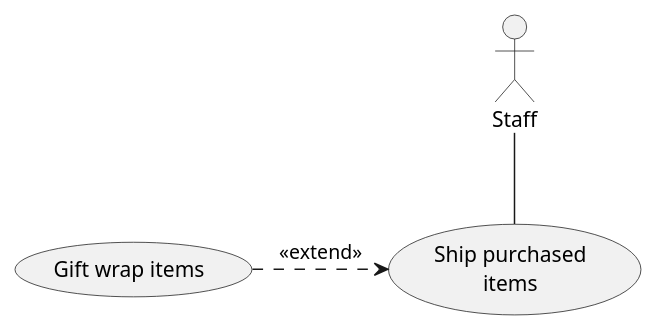
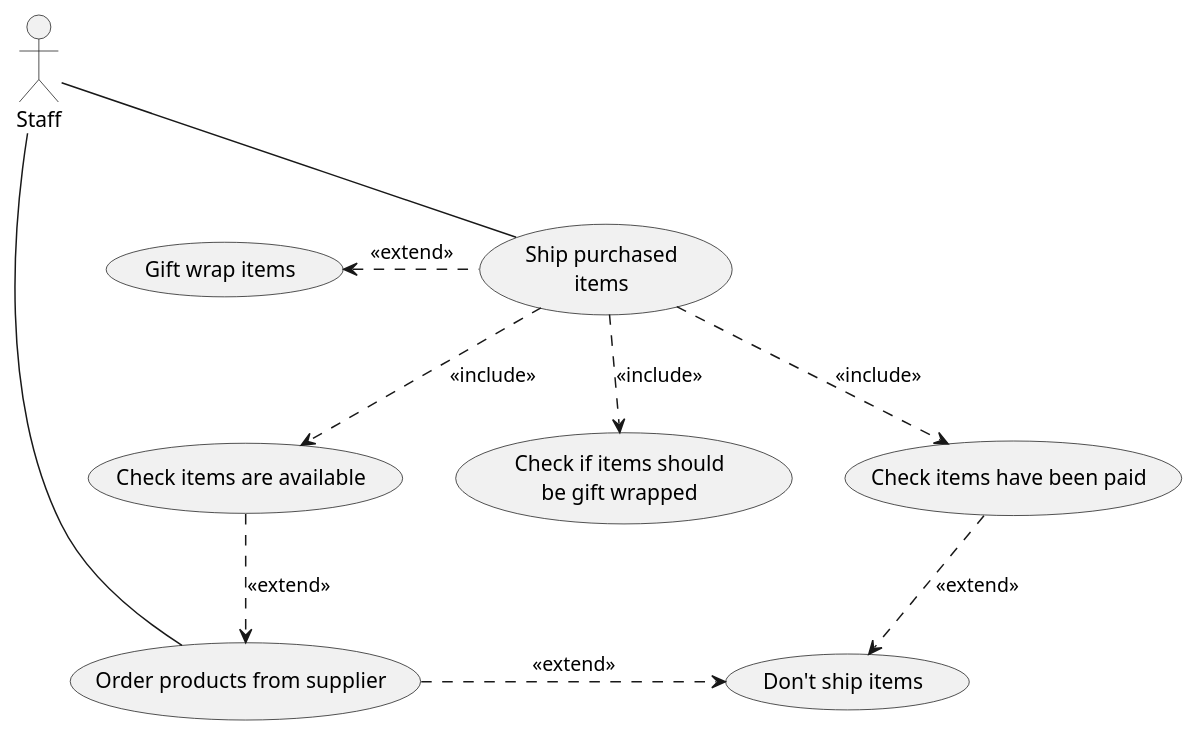
Before and after one commit to shaystevens/INFO201-assignments: the diagram in milestone2/shipping.puml, drawn with PlantUML.

Commit message:
shipping use case diagram complete

```diff
--- a/milestone2/shipping.puml
+++ b/milestone2/shipping.puml
@@ -1,10 +1,23 @@
 @startuml shipping
 actor :Staff: as Staff
 
 usecase (Gift wrap items) as GiftWrap
 usecase (Ship purchased\nitems) as ShipItems
+usecase (Check items have been paid) as CheckItemsPaid
+usecase (Check items are available) as CheckAvailability
+usecase (Check if items should\nbe gift wrapped) as CheckGiftWrap
+usecase (Order products from supplier) as ContactSupplier
+usecase (Don't ship items) as NoShipping
 
 Staff -- ShipItems
-GiftWrap .> ShipItems : <<extend>>
+GiftWrap <. ShipItems : <<extend>>
+ShipItems ..> CheckItemsPaid : <<include>>
+ShipItems ..> CheckAvailability : <<include>>
+ShipItems ..> CheckGiftWrap : <<include>>
+Staff  -- ContactSupplier
+CheckAvailability ..> ContactSupplier : <<extend>>
+ContactSupplier .> NoShipping : <<extend>>
+CheckItemsPaid ..> NoShipping : <<extend>>
+
 
 @enduml
```
